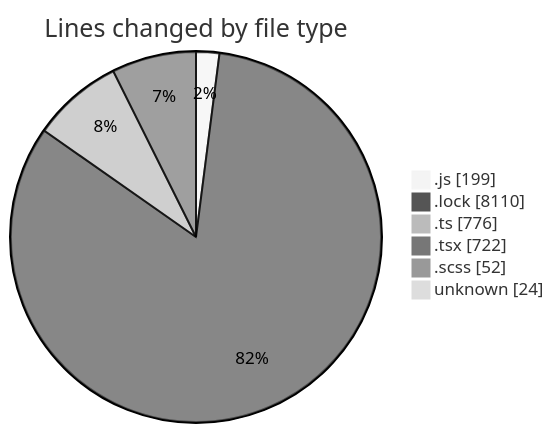
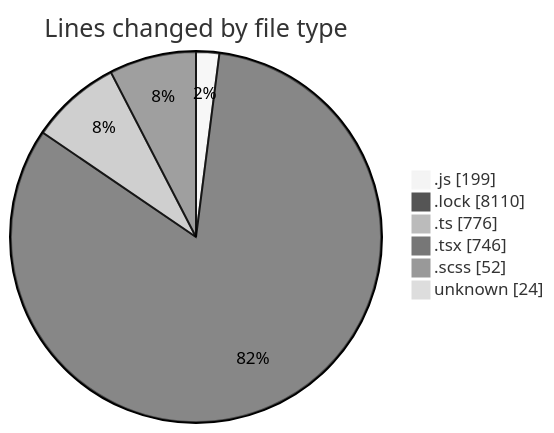
The first of 2 diagrams in 2025-02-07/cda/README.md (momahboobian/code-tracking), drawn with Mermaid (neutral theme) before and after one commit. The commit also changed other lines of this file and 1 other file, not shown here.

````diff
--- a/2025-02-07/cda/README.md
+++ b/2025-02-07/cda/README.md
@@ -53,10 +53,10 @@
 ```mermaid
 pie showData
 title Lines changed by file type
 ".js" : 199
 ".lock" : 8110
 ".ts" : 776
-".tsx" : 722
+".tsx" : 746
 ".scss" : 52
 "unknown" : 24
 ```
````
